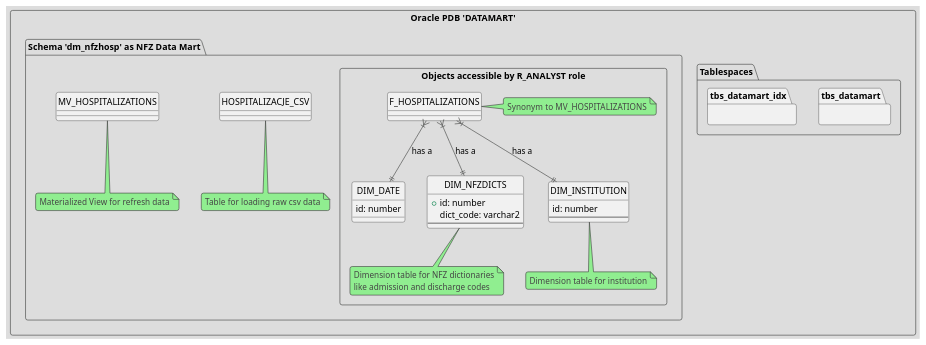
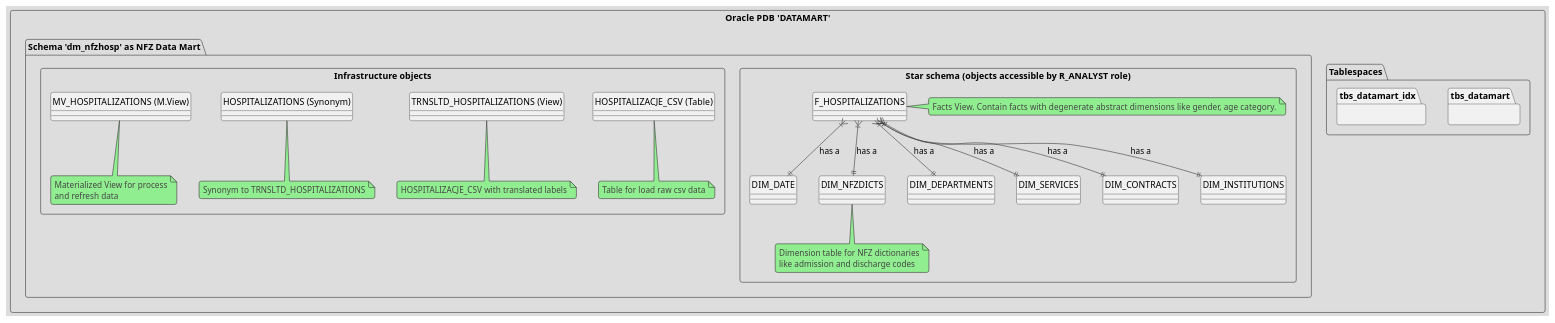
One commit to szwrk/nfz-hospitalization-data changed the diagram in assets/diagram.puml. Above: the diagram before and after it, drawn with PlantUML. The commit also changed 3 other files, not shown here.

Commit message:
chore: update diagram

```diff
--- a/assets/diagram.puml
+++ b/assets/diagram.puml
@@ -1,68 +1,89 @@
 @startuml
 !theme toy
 ' configuration
 hide circle
 
 package "Oracle PDB 'DATAMART'" as schema <<Rectangle>> {
 
 ' Define tablespaces outside the schema
 package "Tablespaces" as tbs {
 package tbs_datamart{}
 package tbs_datamart_idx{}
 }
 
 package "Schema 'dm_nfzhosp' as NFZ Data Mart" as schema {
-package "Objects accessible by R_ANALYST role"<<Rectangle>>{
+package "Star schema (objects accessible by R_ANALYST role)"<<Rectangle>>{
 
 entity "F_HOSPITALIZATIONS" as f_hosps {
 }
-
 note right of f_hosps 
-  Synonym to MV_HOSPITALIZATIONS
+  Facts View. Contain facts with  degenerate abstract dimensions like gender, age category.
 end note
 
 entity "DIM_DATE" as dim_date{
- id: number
 }
 
 entity "DIM_NFZDICTS" as dim_nfzdicts{
- + id: number
- dict_code: varchar2
----
 }
 note bottom of dim_nfzdicts
 Dimension table for NFZ dictionaries
 like admission and discharge codes
 end note
 
-entity "DIM_INSTITUTION" as dim_insts{
- id: number
----
-}
-note bottom of dim_insts
-  Dimension table for institution
-end note
+entity "DIM_DEPARTMENTS" as DIM_DEPARTMENTS{
 }
 
-entity "HOSPITALIZACJE_CSV" as hosp_csv{
+
+entity "DIM_SERVICES" as DIM_SERVICES{
 }
 
+
+entity "DIM_CONTRACTS" as DIM_CONTRACTS{
+}
+
+
+entity "DIM_INSTITUTIONS" as DIM_INSTITUTIONS{
+}
+
+}
+' end of package
+
+package "Infrastructure objects"<<Rectangle>>{
+
+entity "HOSPITALIZACJE_CSV (Table)" as hosp_csv{
+}
 note bottom of hosp_csv
-  Table for loading raw csv data
+  Table for load raw csv data
 end note
 
-entity "MV_HOSPITALIZATIONS" as mv_hosp{
+entity "TRNSLTD_HOSPITALIZATIONS (View)" as TRNSLTD_HOSPITALIZATIONS{
+}
+note bottom of TRNSLTD_HOSPITALIZATIONS
+  HOSPITALIZACJE_CSV with translated labels
+end note
+
+entity "HOSPITALIZATIONS (Synonym)" as hospitalizations{
+}
+note bottom of hospitalizations
+   Synonym to TRNSLTD_HOSPITALIZATIONS
+end note
+
+
+entity "MV_HOSPITALIZATIONS (M.View)" as mv_hosp{
 }
 
 note bottom of mv_hosp
-  Materialized View for refresh data
+  Materialized View for process
+  and refresh data
 end note
 
 }
 }
 
-
 f_hosps }|--|| dim_date : "has a"
 f_hosps }|--|| dim_nfzdicts : "has a"
-f_hosps }|--|| dim_insts : "has a"
+f_hosps }|--|| DIM_SERVICES : "has a"
+f_hosps }|--|| DIM_CONTRACTS : "has a"
+f_hosps }|--|| DIM_DEPARTMENTS : "has a"
+f_hosps }|--|| DIM_INSTITUTIONS : "has a"
 @enduml
```
